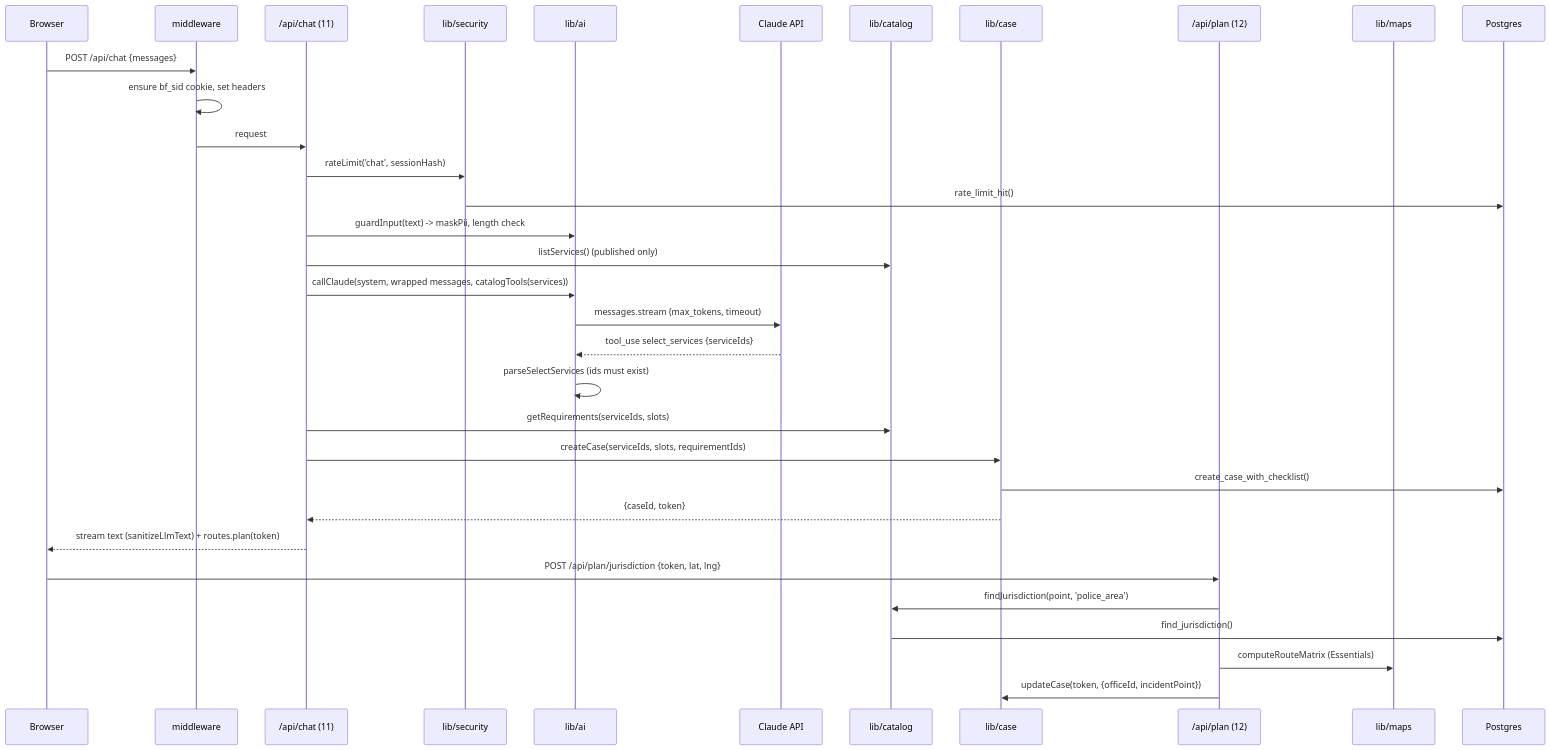
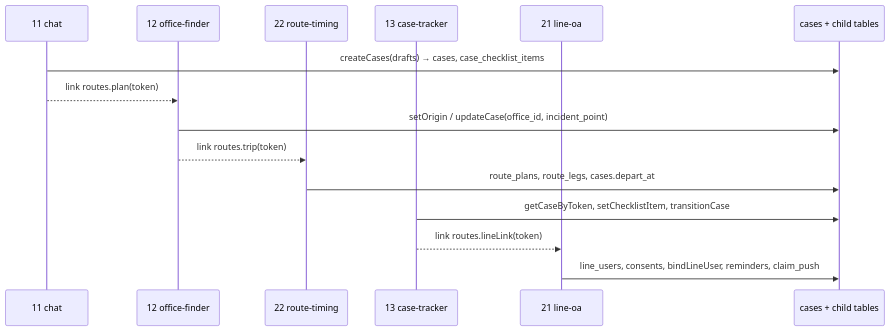
The third of 5 diagrams in .kiro/specs/00-foundation/design.md (CHCH2538/hackathon-test-pro-max), drawn with Mermaid before and after one commit. The commit also changed other lines of this file and 144 other files, not shown here.

````diff
--- a/.kiro/specs/00-foundation/design.md
+++ b/.kiro/specs/00-foundation/design.md
@@ -160,36 +169,18 @@
 ```mermaid
 sequenceDiagram
-    participant U as Browser
-    participant MW as middleware
-    participant CH as /api/chat (11)
-    participant SEC as lib/security
-    participant AI as lib/ai
-    participant CL as Claude API
-    participant CAT as lib/catalog
-    participant CS as lib/case
-    participant PL as /api/plan (12)
-    participant MP as lib/maps
-    participant DB as Postgres
+  participant CH as 11 chat
+  participant OF as 12 office-finder
+  participant RT as 22 route-timing
+  participant CT as 13 case-tracker
+  participant LN as 21 line-oa
+  participant DB as cases + child tables
 
-    U->>MW: POST /api/chat {messages}
-    MW->>MW: ensure bf_sid cookie, set headers
-    MW->>CH: request
-    CH->>SEC: rateLimit('chat', sessionHash)
-    SEC->>DB: rate_limit_hit()
-    CH->>AI: guardInput(text) -> maskPii, length check
-    CH->>CAT: listServices() (published only)
-    CH->>AI: callClaude(system, wrapped messages, catalogTools(services))
-    AI->>CL: messages.stream (max_tokens, timeout)
-    CL-->>AI: tool_use select_services {serviceIds}
-    AI->>AI: parseSelectServices (ids must exist)
-    CH->>CAT: getRequirements(serviceIds, slots)
-    CH->>CS: createCase(serviceIds, slots, requirementIds)
-    CS->>DB: create_case_with_checklist()
-    CS-->>CH: {caseId, token}
-    CH-->>U: stream text (sanitizeLlmText) + routes.plan(token)
-    U->>PL: POST /api/plan/jurisdiction {token, lat, lng}
-    PL->>CAT: findJurisdiction(point, 'police_area')
-    CAT->>DB: find_jurisdiction()
-    PL->>MP: computeRouteMatrix (Essentials)
-    PL->>CS: updateCase(token, {officeId, incidentPoint})
+  CH->>DB: createCases(drafts) → cases, case_checklist_items
+  CH-->>OF: link routes.plan(token)
+  OF->>DB: setOrigin / updateCase(office_id, incident_point)
+  OF-->>RT: link routes.trip(token)
+  RT->>DB: route_plans, route_legs, cases.depart_at
+  CT->>DB: getCaseByToken, setChecklistItem, transitionCase
+  CT-->>LN: link routes.lineLink(token)
+  LN->>DB: line_users, consents, bindLineUser, reminders, claim_push
 ```
````
